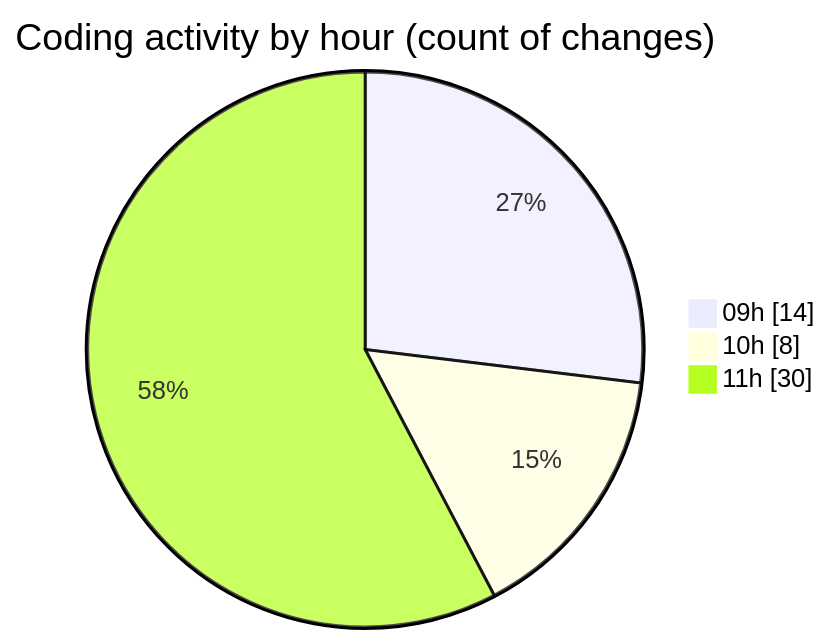
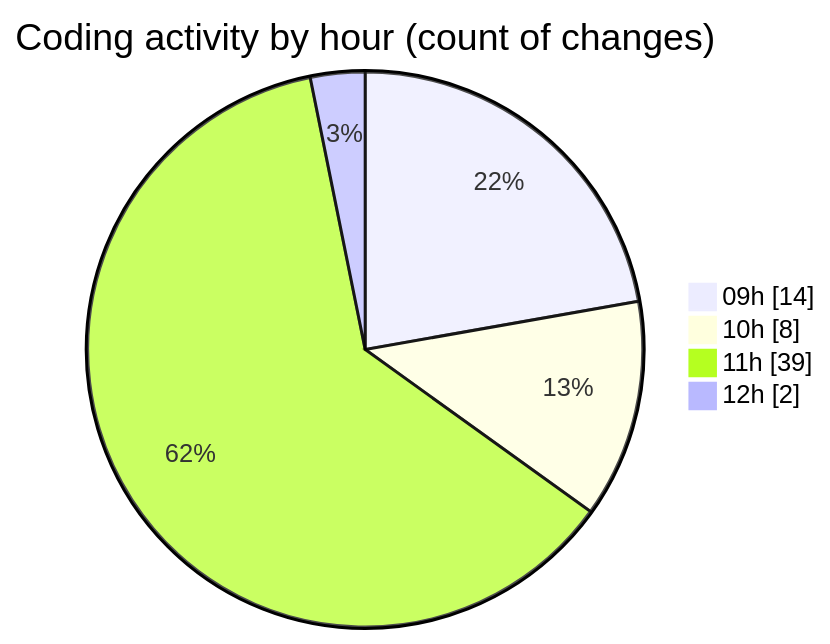
One commit to momahboobian/code-tracking changed the second of 2 diagrams in 2025-02-07/cda/README.md. Above: the diagram before and after it, drawn with Mermaid. The commit also changed other lines of this file and 1 other file, not shown here.

````diff
--- a/2025-02-07/cda/README.md
+++ b/2025-02-07/cda/README.md
@@ -46,7 +50,8 @@
 ```mermaid
 pie showData
 title Coding activity by hour (count of changes)
 "09h" : 14
 "10h" : 8
-"11h" : 30
+"11h" : 39
+"12h" : 2
 ```
````
